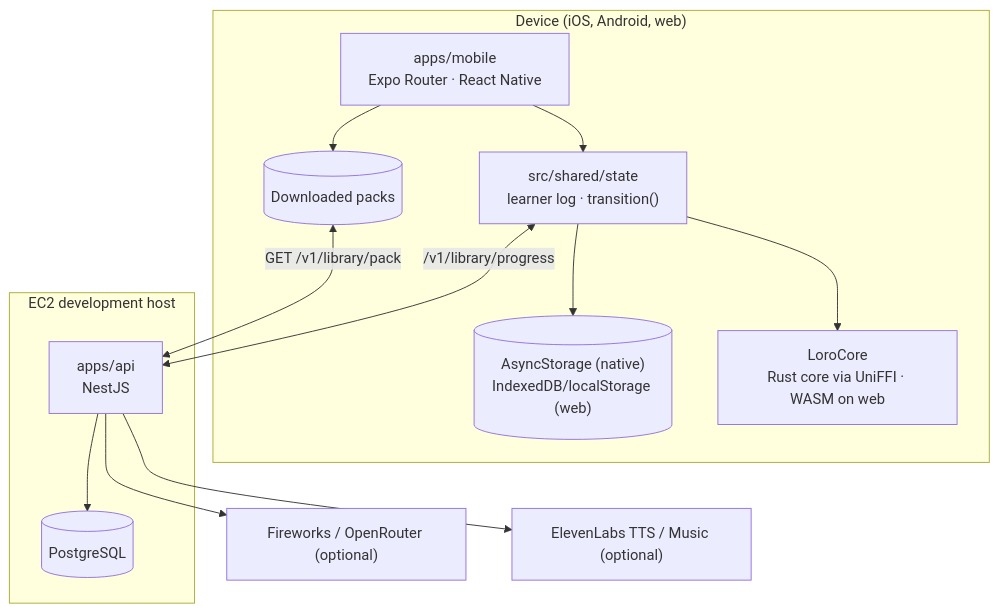
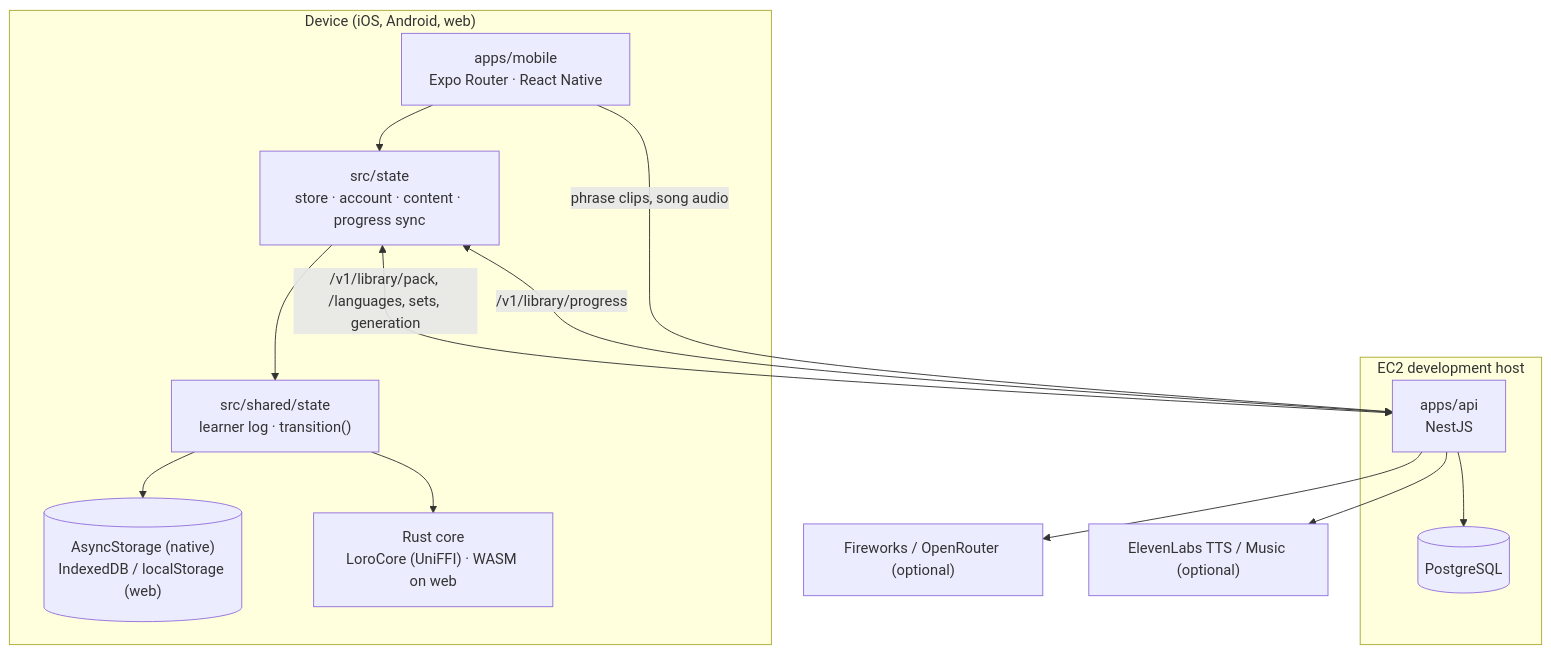
Before and after one commit to asavienko/loro: the diagram in docs/architecture/overview.md, drawn with Mermaid. The commit also changed other lines of this file and 37 other files, not shown here.

````diff
--- a/docs/architecture/overview.md
+++ b/docs/architecture/overview.md
@@ -8,27 +8,27 @@
 ```mermaid
 graph TB
   subgraph device["Device (iOS, Android, web)"]
     UI["apps/mobile<br/>Expo Router · React Native"]
+    CONN["src/state<br/>store · account · content · progress sync"]
     STATE["src/shared/state<br/>learner log · transition()"]
-    STORE[("AsyncStorage (native)<br/>IndexedDB/localStorage (web)")]
-    CORE["LoroCore<br/>Rust core via UniFFI · WASM on web"]
-    PACKS[("Downloaded packs")]
+    STORE[("AsyncStorage (native)<br/>IndexedDB / localStorage (web)")]
+    CORE["Rust core<br/>LoroCore (UniFFI) · WASM on web"]
   end
 
   subgraph cloud["EC2 development host"]
     API["apps/api<br/>NestJS"]
     PG[("PostgreSQL")]
   end
 
   AI["Fireworks / OpenRouter (optional)"]
   VOICE["ElevenLabs TTS / Music (optional)"]
 
-  UI --> STATE --> STORE
+  UI --> CONN --> STATE --> STORE
   STATE --> CORE
-  UI --> PACKS
-  PACKS <-->|"GET /v1/library/pack"| API
-  STATE <-->|"/v1/library/progress"| API
+  CONN <-->|"/v1/library/pack, /languages, sets, generation"| API
+  CONN <-->|"/v1/library/progress"| API
+  UI -->|"phrase clips, song audio"| API
   API --> PG
   API --> AI
   API --> VOICE
 ```
````
